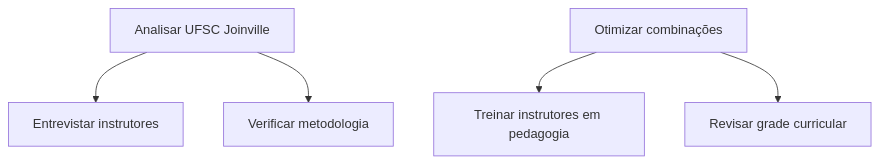
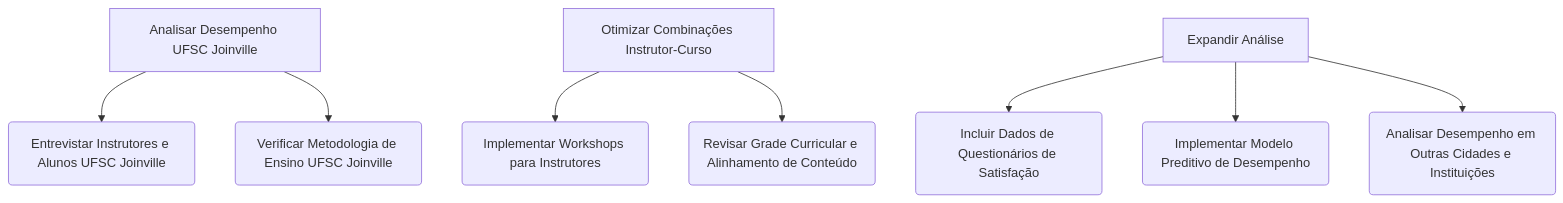
The third of 3 diagrams in resultados.md (Thisaraiva/analise-preditiva), drawn with Mermaid before and after one commit. The commit also changed other lines of this file, not shown here.

````diff
--- a/resultados.md
+++ b/resultados.md
@@ -280,7 +329,10 @@
-   ```mermaid
-   graph TD
-       A[Analisar UFSC Joinville] --> B[Entrevistar instrutores]
-       A --> C[Verificar metodologia]
-       D[Otimizar combinações] --> E[Treinar instrutores em pedagogia]
-       D --> F[Revisar grade curricular]
-   ```
+```mermaid
+graph TD
+    A[Analisar Desempenho UFSC Joinville] --> B(Entrevistar Instrutores e Alunos UFSC Joinville);
+    A --> C(Verificar Metodologia de Ensino UFSC Joinville);
+    D[Otimizar Combinações Instrutor-Curso] --> E(Implementar Workshops para Instrutores);
+    D --> F(Revisar Grade Curricular e Alinhamento de Conteúdo);
+    G[Expandir Análise] --> H(Incluir Dados de Questionários de Satisfação);
+    G --> I(Implementar Modelo Preditivo de Desempenho);
+    G --> J(Analisar Desempenho em Outras Cidades e Instituições);
+```
````
